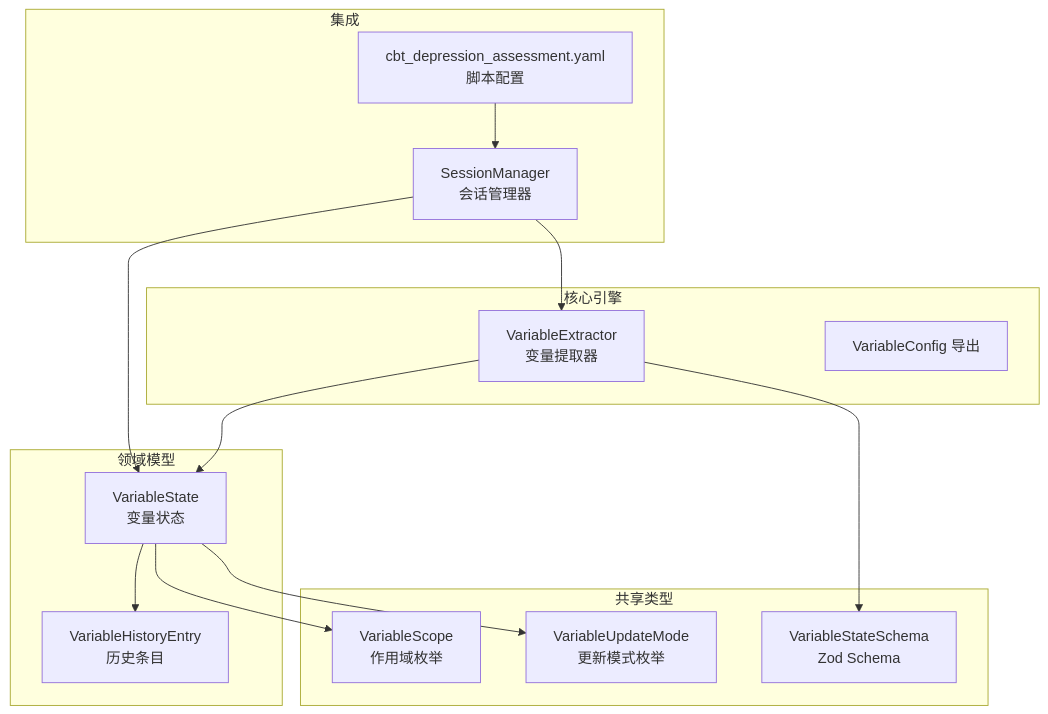
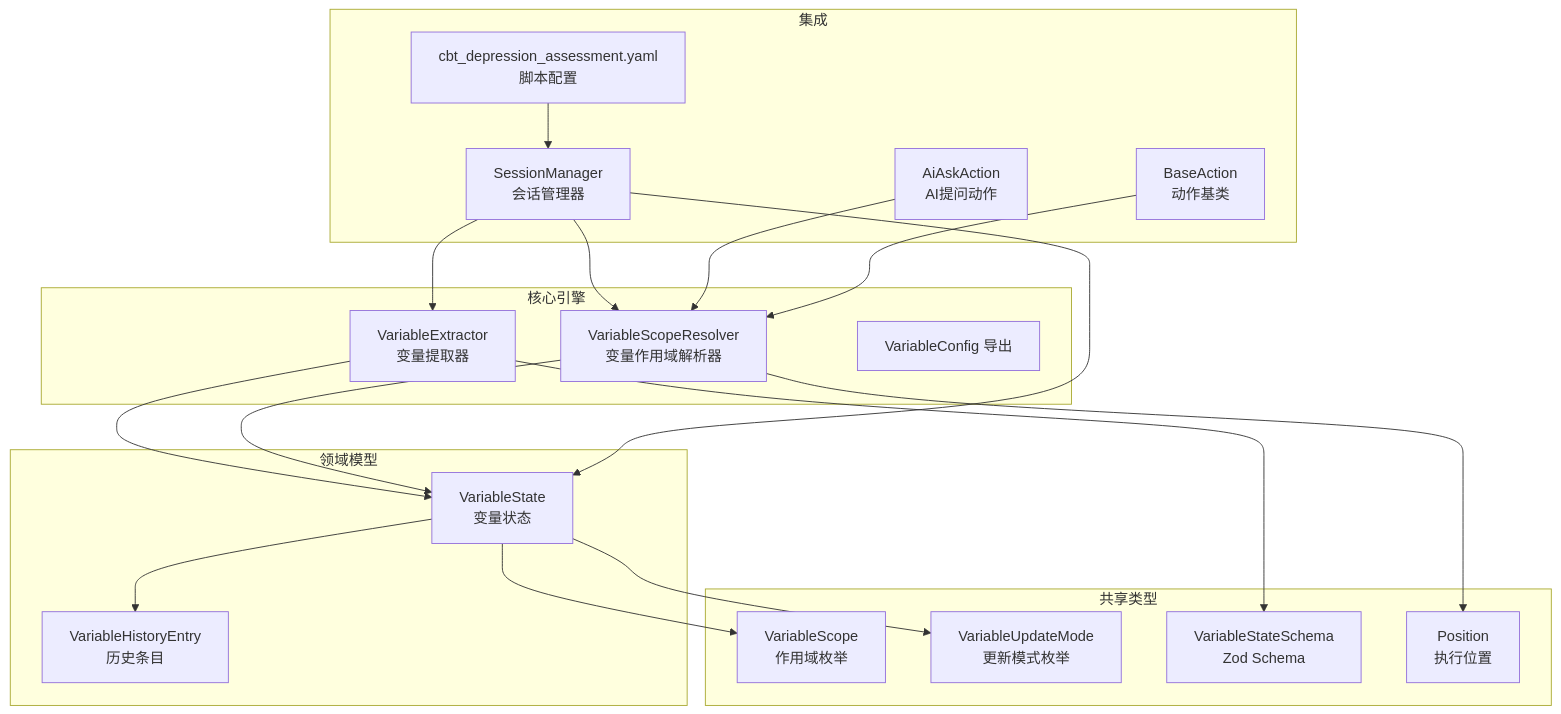
The first of 6 diagrams in .qoder/repowiki/zh/content/核心引擎系统/变量提取引擎.md (EverettCamus/HeartRule-Qoder), drawn with Mermaid before and after one commit. The commit also changed other lines of this file and 31 other files, not shown here.

````diff
--- a/.qoder/repowiki/zh/content/核心引擎系统/变量提取引擎.md
+++ b/.qoder/repowiki/zh/content/核心引擎系统/变量提取引擎.md
@@ -47,28 +53,37 @@
 ```mermaid
 graph TB
 subgraph "核心引擎"
 VE["VariableExtractor<br/>变量提取器"]
+VSR["VariableScopeResolver<br/>变量作用域解析器"]
 VI["VariableConfig 导出"]
 end
 subgraph "领域模型"
 VS["VariableState<br/>变量状态"]
 VH["VariableHistoryEntry<br/>历史条目"]
 end
 subgraph "共享类型"
 SCOPE["VariableScope<br/>作用域枚举"]
 MODE["VariableUpdateMode<br/>更新模式枚举"]
 VSchema["VariableStateSchema<br/>Zod Schema"]
+POS["Position<br/>执行位置"]
 end
 subgraph "集成"
 SM["SessionManager<br/>会话管理器"]
 YAML["cbt_depression_assessment.yaml<br/>脚本配置"]
+AA["AiAskAction<br/>AI提问动作"]
+BA["BaseAction<br/>动作基类"]
 end
 VE --> VS
 VE --> VSchema
+VSR --> VS
+VSR --> POS
 VS --> VH
 VS --> SCOPE
 VS --> MODE
 SM --> VE
+SM --> VSR
 SM --> VS
 YAML --> SM
+AA --> VSR
+BA --> VSR
 ```
````
